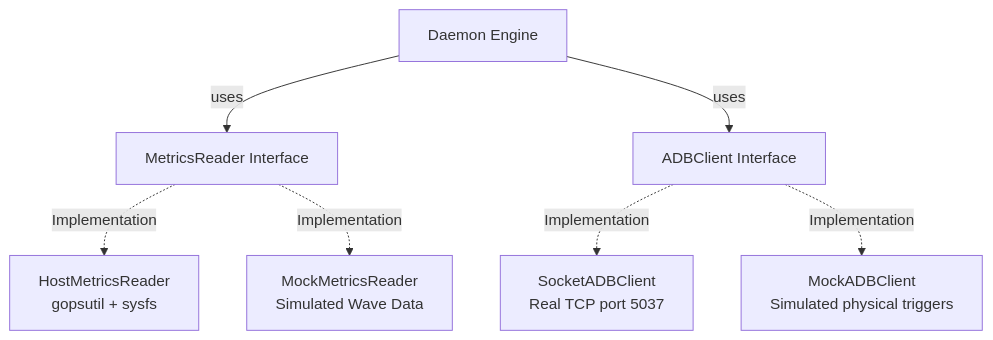
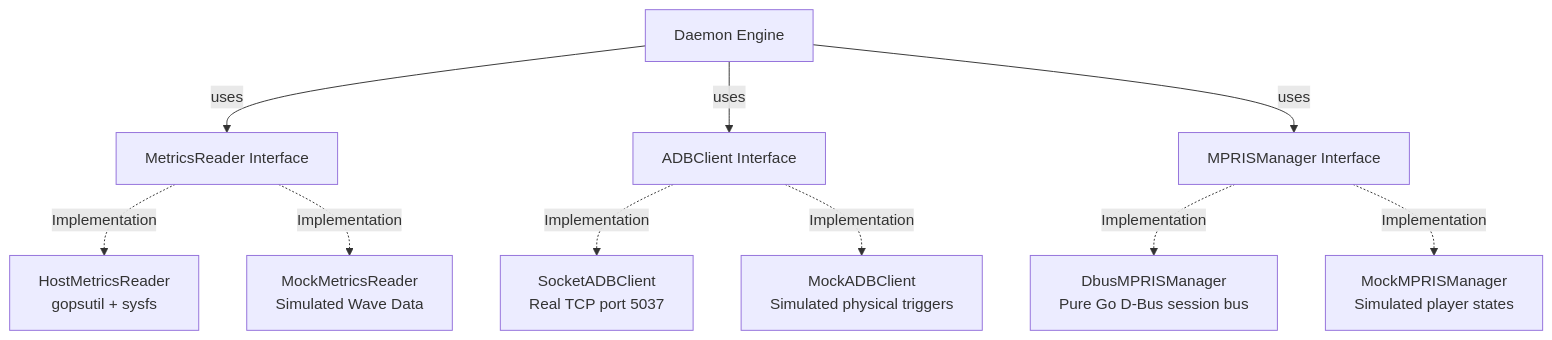
The diagram in docs/design_document.md (noosxe/pc-dashboard-server), drawn with Mermaid before and after one commit. The commit also changed other lines of this file and 3 other files, not shown here.

Commit message:
docs: design MPRIS media controls over D-Bus (#17)

````diff
--- a/docs/design_document.md
+++ b/docs/design_document.md
@@ -67,11 +75,15 @@
 ```mermaid
 graph TD
     DaemonCore[Daemon Engine] -->|uses| MetricsReader[MetricsReader Interface]
     DaemonCore -->|uses| ADBClient[ADBClient Interface]
+    DaemonCore -->|uses| MPRISManager[MPRISManager Interface]
     
     MetricsReader -.->|Implementation| RealMetrics[HostMetricsReader <br>gopsutil + sysfs]
     MetricsReader -.->|Implementation| MockMetrics[MockMetricsReader <br>Simulated Wave Data]
     
     ADBClient -.->|Implementation| SocketADB[SocketADBClient <br>Real TCP port 5037]
     ADBClient -.->|Implementation| MockADB[MockADBClient <br>Simulated physical triggers]
+
+    MPRISManager -.->|Implementation| DbusMPRIS[DbusMPRISManager <br>Pure Go D-Bus session bus]
+    MPRISManager -.->|Implementation| MockMPRIS[MockMPRISManager <br>Simulated player states]
 ```
````
